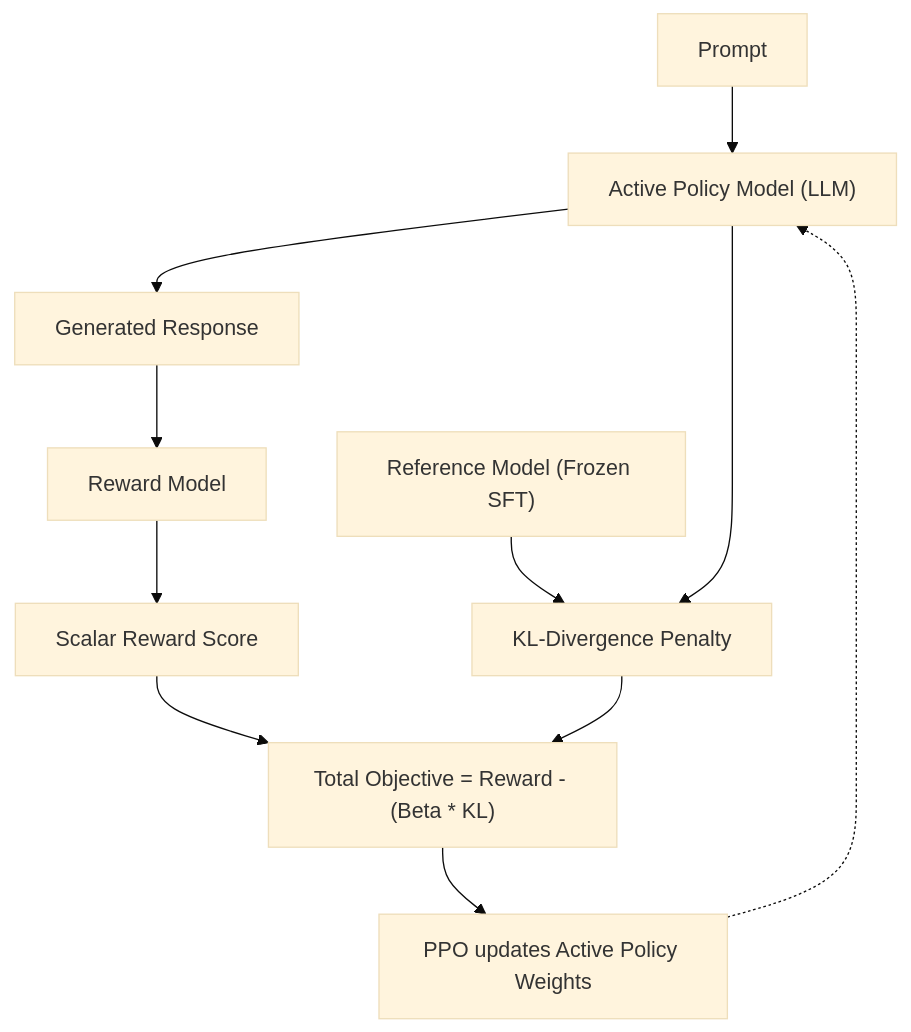
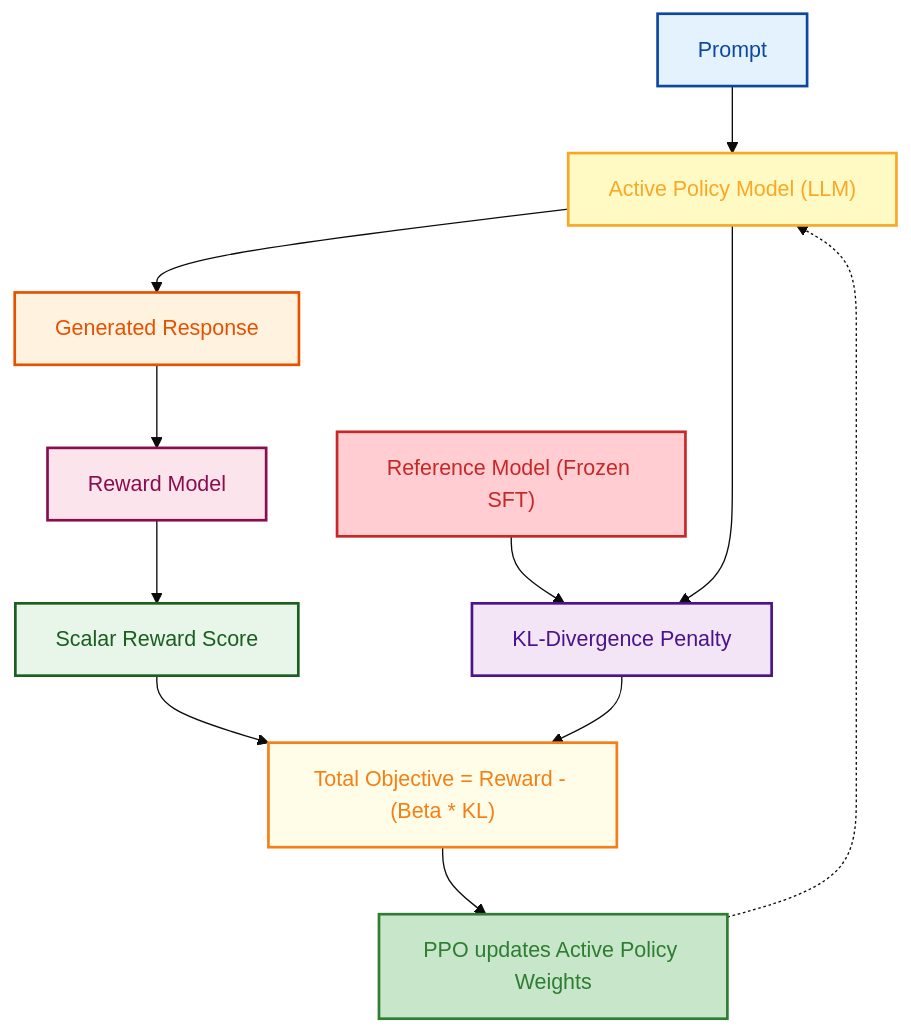
Before and after one commit to GyanendraChaubey/AI-Engineering-Notes: the first of 2 diagrams in docs/09-preference-alignment/README.md, drawn with Mermaid (base theme). The commit also changed other lines of this file and 15 other files, not shown here.

Commit message:
style: apply light color palette to remaining Mermaid diagrams (docs 15 & 16)

````diff
--- a/docs/09-preference-alignment/README.md
+++ b/docs/09-preference-alignment/README.md
@@ -48,17 +48,26 @@
 ```mermaid
 flowchart TD
     A["Prompt"] --> B["Active Policy Model (LLM)"]
     B --> C["Generated Response"]
     C --> D["Reward Model"]
     
     D --> E["Scalar Reward Score"]
     
     F["Reference Model (Frozen SFT)"] --> G["KL-Divergence Penalty"]
     B --> G
     
     E --> H["Total Objective = Reward - (Beta * KL)"]
     G --> H
     
     H --> I["PPO updates Active Policy Weights"]
     I -.-> B
+    style A fill:#e3f2fd,stroke:#0d47a1,stroke-width:2px,color:#0d47a1
+    style B fill:#fff9c4,stroke:#f9a825,stroke-width:2px,color:#f9a825
+    style C fill:#fff3e0,stroke:#e65100,stroke-width:2px,color:#e65100
+    style D fill:#fce4ec,stroke:#880e4f,stroke-width:2px,color:#880e4f
+    style E fill:#e8f5e9,stroke:#1b5e20,stroke-width:2px,color:#1b5e20
+    style F fill:#ffcdd2,stroke:#c62828,stroke-width:2px,color:#c62828
+    style G fill:#f3e5f5,stroke:#4a148c,stroke-width:2px,color:#4a148c
+    style H fill:#fffde7,stroke:#f57f17,stroke-width:2px,color:#f57f17
+    style I fill:#c8e6c9,stroke:#2e7d32,stroke-width:2px,color:#2e7d32
 ```
````
